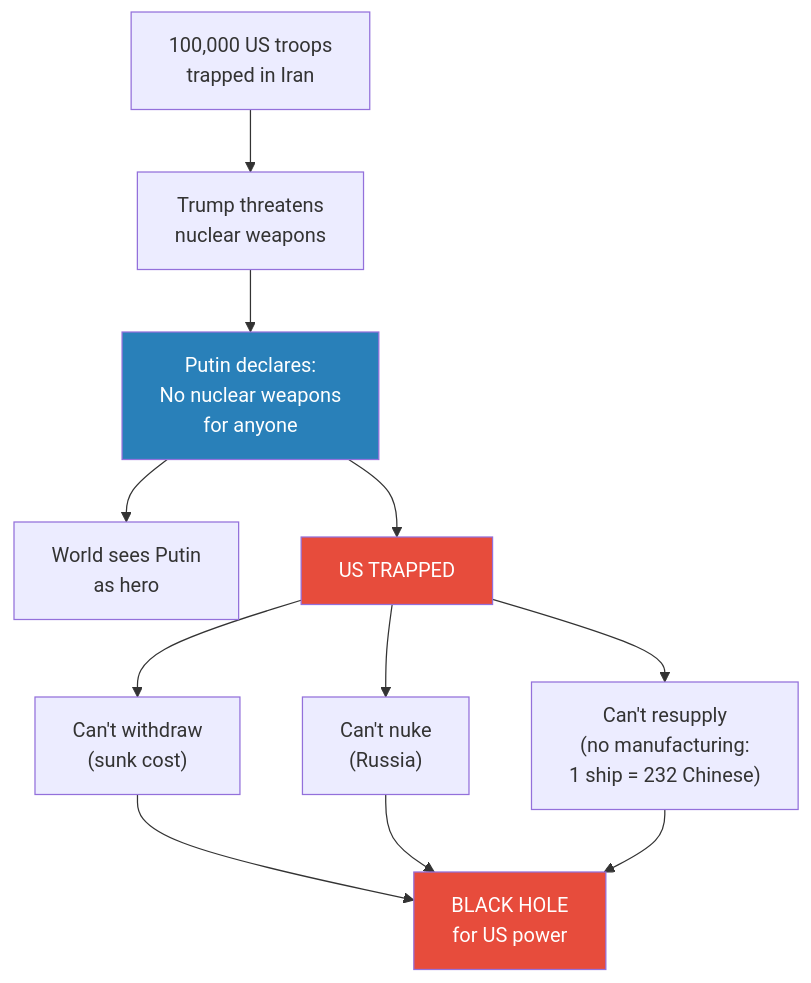
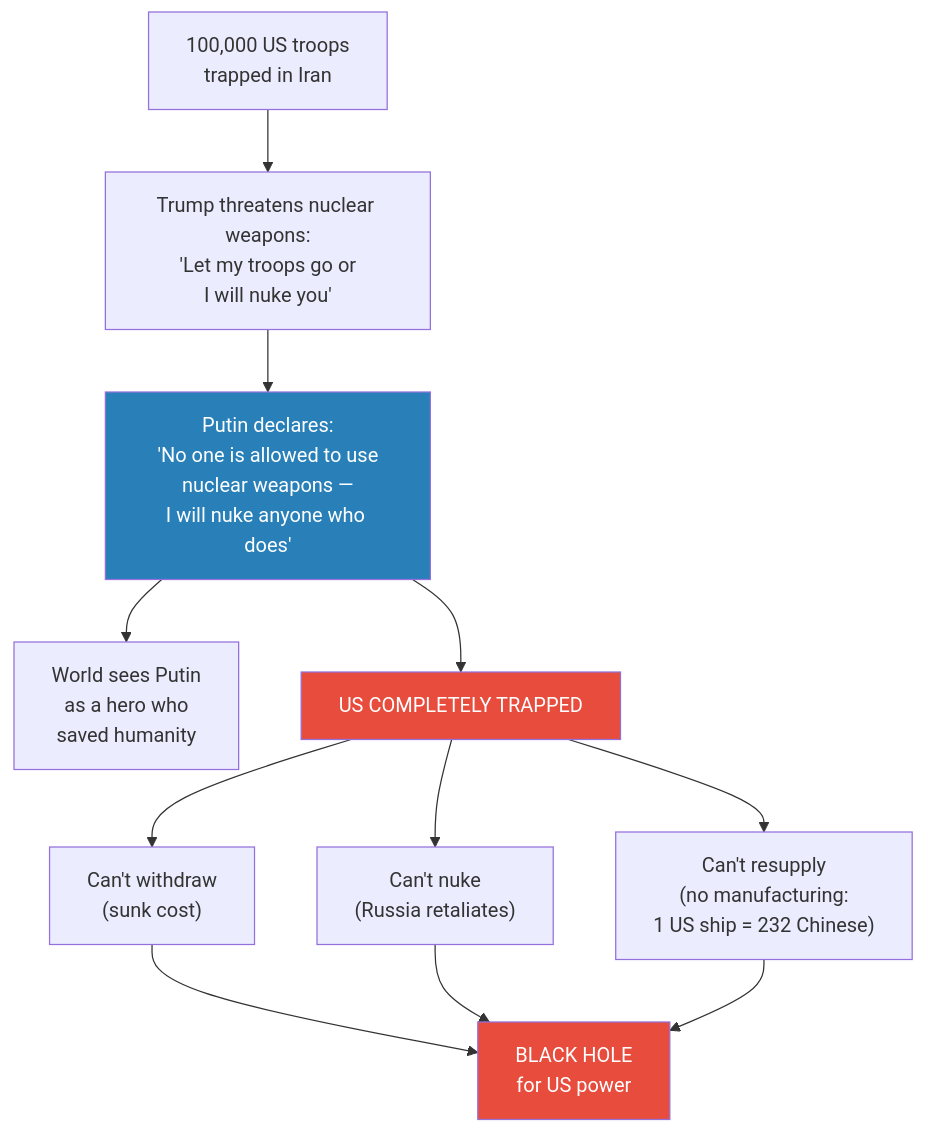
One commit to alius33/reader changed diagram 11 of 11 in summaries/Lectures/Geo-Strategy/08 - The Iran Trap.md. Above: the diagram before and after it, drawn with Mermaid. The commit also changed other lines of this file and 26 other files, not shown here.

````diff
--- a/summaries/Lectures/Geo-Strategy/08 - The Iran Trap.md
+++ b/summaries/Lectures/Geo-Strategy/08 - The Iran Trap.md
@@ -647,21 +645,21 @@
 ```mermaid
 flowchart TB
     TRAP["100,000 US troops<br/>trapped in Iran"]
-    TRUMP["Trump threatens<br/>nuclear weapons"]
-    PUTIN["Putin declares:<br/>No nuclear weapons<br/>for anyone"]
-    HERO["World sees Putin<br/>as hero"]
-    STUCK["US TRAPPED"]
+    TRUMP["Trump threatens nuclear weapons:<br/>'Let my troops go or<br/>I will nuke you'"]
+    PUTIN["Putin declares:<br/>'No one is allowed to use<br/>nuclear weapons —<br/>I will nuke anyone who does'"]
+    HERO["World sees Putin<br/>as a hero who<br/>saved humanity"]
+    STUCK["US COMPLETELY TRAPPED"]
     TRAP --> TRUMP
     TRUMP --> PUTIN
     PUTIN --> HERO
     PUTIN --> STUCK
     STUCK --> NS["Can't withdraw<br/>(sunk cost)"]
-    STUCK --> NN["Can't nuke<br/>(Russia)"]
-    STUCK --> NR["Can't resupply<br/>(no manufacturing:<br/>1 ship = 232 Chinese)"]
+    STUCK --> NN["Can't nuke<br/>(Russia retaliates)"]
+    STUCK --> NR["Can't resupply<br/>(no manufacturing:<br/>1 US ship = 232 Chinese)"]
     NS --> BH["BLACK HOLE<br/>for US power"]
     NN --> BH
     NR --> BH
     style BH fill:#e74c3c,color:#fff
     style PUTIN fill:#2980b9,color:#fff
     style STUCK fill:#e74c3c,color:#fff
 ```
````
